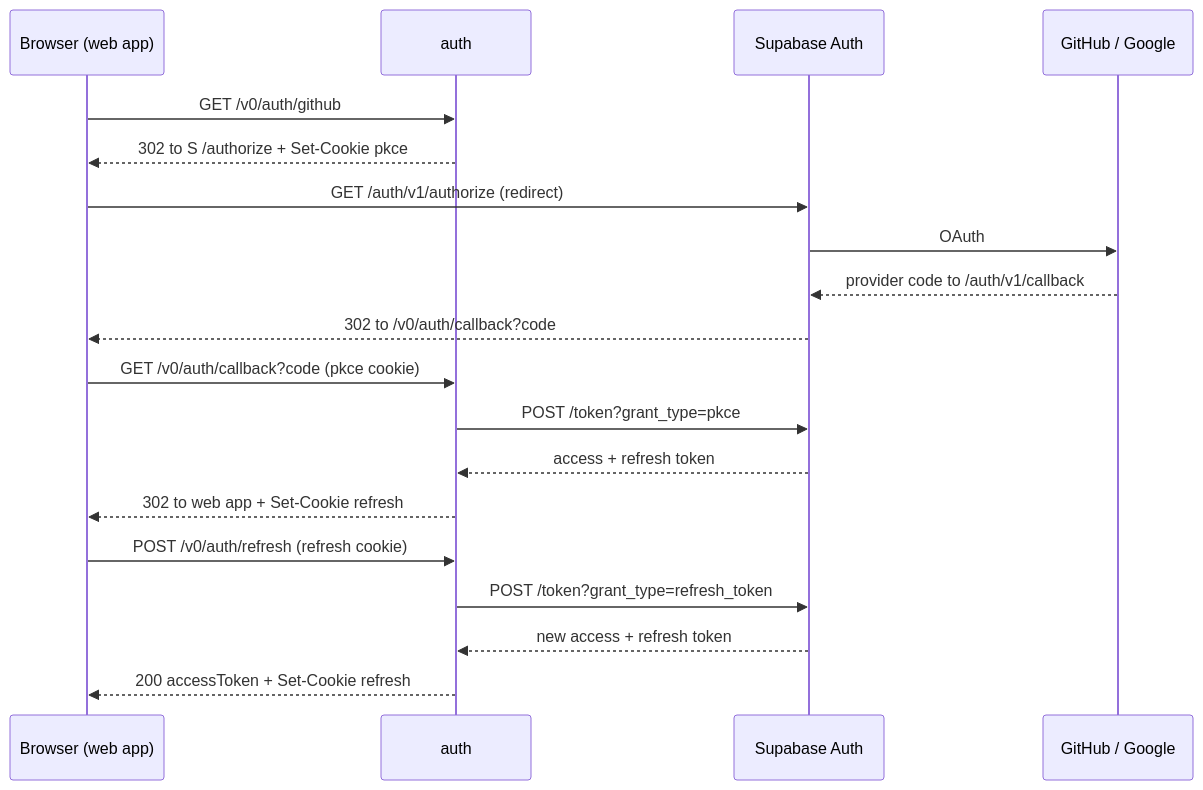
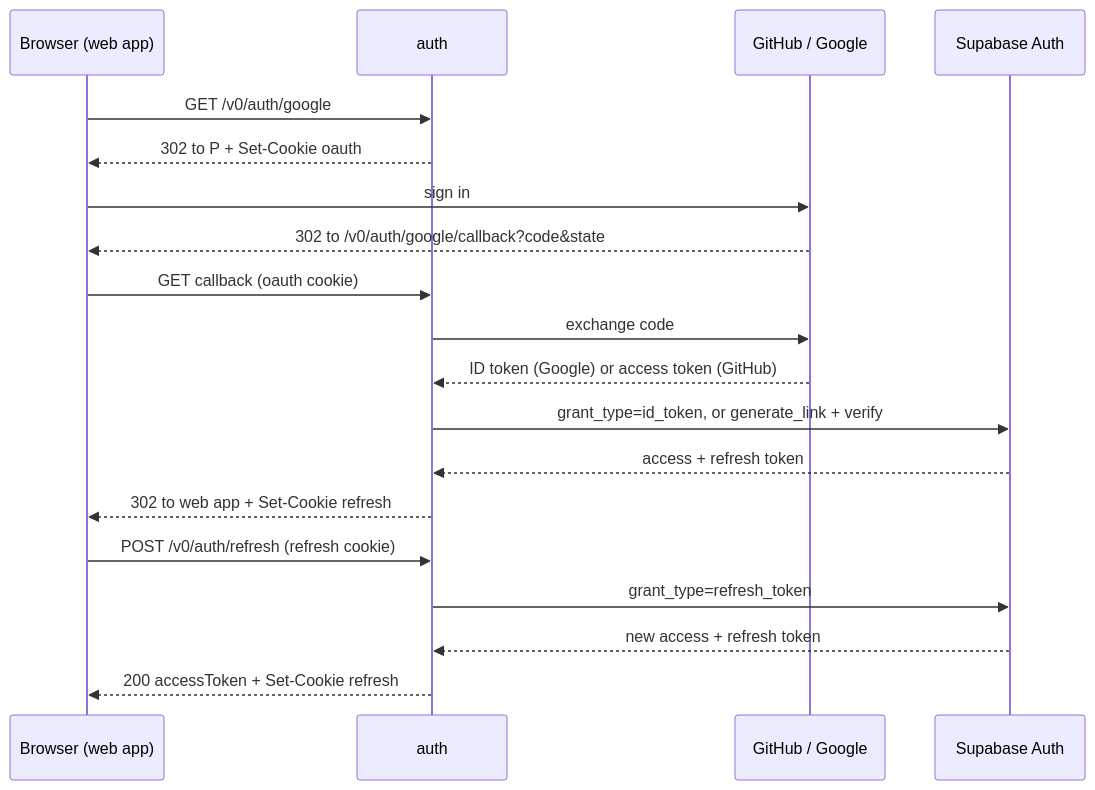
One commit to brojyf/keysy changed the diagram in auth/DESIGN.md. Above: the diagram before and after it, drawn with Mermaid. The commit also changed other lines of this file, not shown here.

Commit message:
docs(auth): keep all client traffic off Supabase and use subdomain cookies

````diff
--- a/auth/DESIGN.md
+++ b/auth/DESIGN.md
@@ -94,21 +113,21 @@
 ```mermaid
 sequenceDiagram
   participant B as Browser (web app)
   participant A as auth
+  participant P as GitHub / Google
   participant S as Supabase Auth
-  participant P as GitHub / Google
-  B->>A: GET /v0/auth/github
-  A-->>B: 302 to S /authorize + Set-Cookie pkce
-  B->>S: GET /auth/v1/authorize (redirect)
-  S->>P: OAuth
-  P-->>S: provider code to /auth/v1/callback
-  S-->>B: 302 to /v0/auth/callback?code
-  B->>A: GET /v0/auth/callback?code (pkce cookie)
-  A->>S: POST /token?grant_type=pkce
+  B->>A: GET /v0/auth/google
+  A-->>B: 302 to P + Set-Cookie oauth
+  B->>P: sign in
+  P-->>B: 302 to /v0/auth/google/callback?code&state
+  B->>A: GET callback (oauth cookie)
+  A->>P: exchange code
+  P-->>A: ID token (Google) or access token (GitHub)
+  A->>S: grant_type=id_token, or generate_link + verify
   S-->>A: access + refresh token
   A-->>B: 302 to web app + Set-Cookie refresh
   B->>A: POST /v0/auth/refresh (refresh cookie)
-  A->>S: POST /token?grant_type=refresh_token
+  A->>S: grant_type=refresh_token
   S-->>A: new access + refresh token
   A-->>B: 200 accessToken + Set-Cookie refresh
 ```
````
